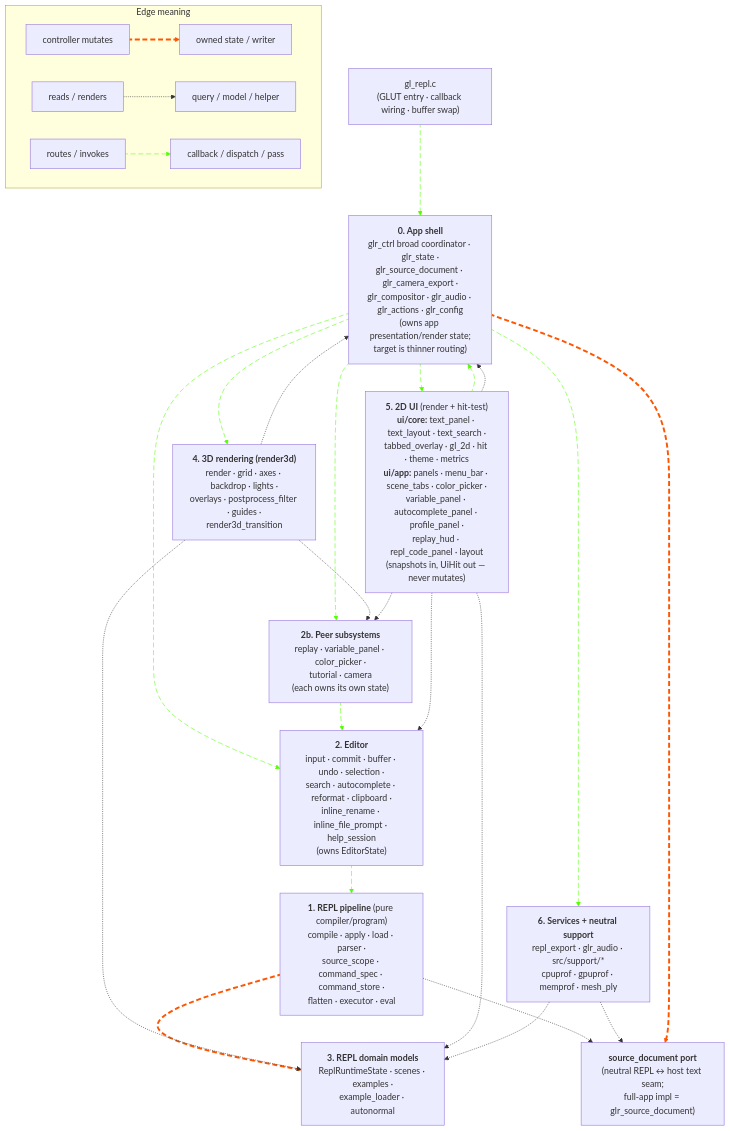
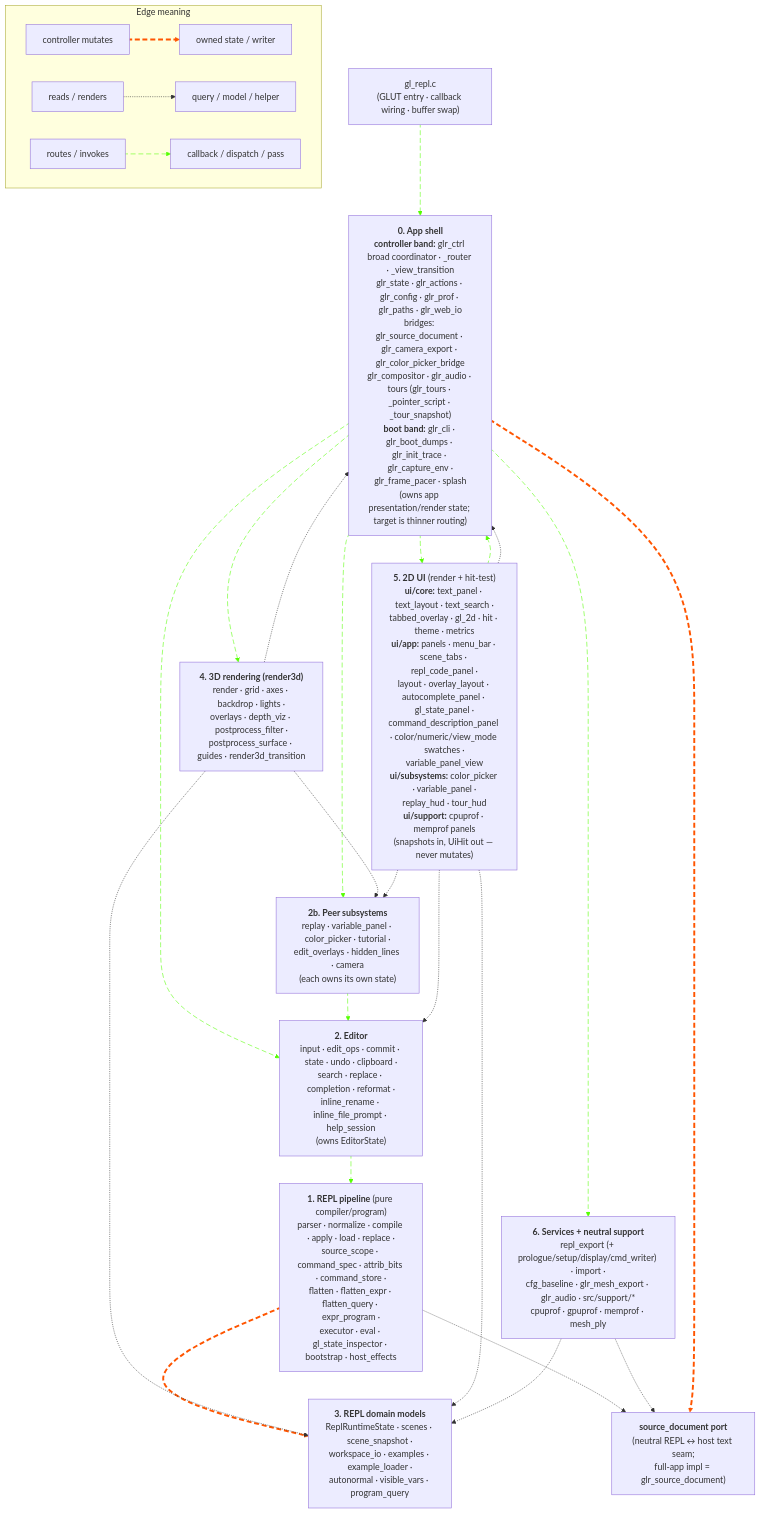
One commit to drewwoods/gl-repl changed the first of 2 diagrams in docs/MODULES.md. Above: the diagram before and after it, drawn with Mermaid. The commit also changed other lines of this file, not shown here.

First line of the commit message:
docs: refresh MODULES.md, drop keybindings, rewire both diagrams

````diff
--- a/docs/MODULES.md
+++ b/docs/MODULES.md
@@ -663,79 +715,79 @@
 ```mermaid
 flowchart TB
     subgraph legend["Edge meaning"]
         lmut_a["controller mutates"] e1@==> lmut_b["owned state / writer"]
         lread_a["reads / renders"] -.-> lread_b["query / model / helper"]
         lflow_a["routes / invokes"] i1@--> lflow_b["callback / dispatch / pass"]
     end
 
     gl_repl["gl_repl.c<br/>(GLUT entry · callback wiring · buffer swap)"]
 
-    app["<b>0. App shell</b><br/>glr_ctrl broad coordinator · glr_state ·<br/>glr_source_document · glr_camera_export ·<br/>glr_compositor · glr_audio · glr_actions · glr_config<br/>(owns app presentation/render state;<br/>target is thinner routing)"]
+    app["<b>0. App shell</b><br/><b>controller band:</b> glr_ctrl broad coordinator · _router · _view_transition<br/>glr_state · glr_actions · glr_config · glr_prof · glr_paths · glr_web_io<br/>bridges: glr_source_document · glr_camera_export · glr_color_picker_bridge<br/>glr_compositor · glr_audio · tours (glr_tours · _pointer_script · _tour_snapshot)<br/><b>boot band:</b> glr_cli · glr_boot_dumps · glr_init_trace · glr_capture_env ·<br/>glr_frame_pacer · splash<br/>(owns app presentation/render state; target is thinner routing)"]
 
-    editor["<b>2. Editor</b><br/>input · commit · buffer · undo · selection ·<br/>search · autocomplete · reformat · clipboard ·<br/>inline_rename · inline_file_prompt · help_session<br/>(owns EditorState)"]
+    editor["<b>2. Editor</b><br/>input · edit_ops · commit · state · undo · clipboard ·<br/>search · replace · completion · reformat ·<br/>inline_rename · inline_file_prompt · help_session<br/>(owns EditorState)"]
 
-    peers["<b>2b. Peer subsystems</b><br/>replay · variable_panel · color_picker ·<br/>tutorial · camera<br/>(each owns its own state)"]
+    peers["<b>2b. Peer subsystems</b><br/>replay · variable_panel · color_picker · tutorial ·<br/>edit_overlays · hidden_lines · camera<br/>(each owns its own state)"]
 
-    repl["<b>1. REPL pipeline</b> (pure compiler/program)<br/>compile · apply · load · parser ·<br/>source_scope · command_spec · command_store ·<br/>flatten · executor · eval"]
+    repl["<b>1. REPL pipeline</b> (pure compiler/program)<br/>parser · normalize · compile · apply · load · replace ·<br/>source_scope · command_spec · attrib_bits · command_store ·<br/>flatten · flatten_expr · flatten_query · expr_program ·<br/>executor · eval · gl_state_inspector · bootstrap · host_effects"]
 
-    models["<b>3. REPL domain models</b><br/>ReplRuntimeState · scenes · examples ·<br/>example_loader · autonormal"]
+    models["<b>3. REPL domain models</b><br/>ReplRuntimeState · scenes · scene_snapshot ·<br/>workspace_io · examples · example_loader ·<br/>autonormal · visible_vars · program_query"]
 
     srcdoc["<b>source_document port</b><br/>(neutral REPL ↔ host text seam;<br/>full-app impl = glr_source_document)"]
 
-    ui["<b>5. 2D UI</b> (render + hit-test)<br/><b>ui/core:</b> text_panel · text_layout · text_search ·<br/>tabbed_overlay · gl_2d · hit · theme · metrics<br/><b>ui/app:</b> panels · menu_bar · scene_tabs · color_picker ·<br/>variable_panel · autocomplete_panel · profile_panel ·<br/>replay_hud · repl_code_panel · layout<br/>(snapshots in, UiHit out — never mutates)"]
+    ui["<b>5. 2D UI</b> (render + hit-test)<br/><b>ui/core:</b> text_panel · text_layout · text_search ·<br/>tabbed_overlay · gl_2d · hit · theme · metrics<br/><b>ui/app:</b> panels · menu_bar · scene_tabs · repl_code_panel ·<br/>layout · overlay_layout · autocomplete_panel · gl_state_panel ·<br/>command_description_panel · color/numeric/view_mode swatches ·<br/>variable_panel_view<br/><b>ui/subsystems:</b> color_picker · variable_panel ·<br/>replay_hud · tour_hud<br/><b>ui/support:</b> cpuprof · memprof panels<br/>(snapshots in, UiHit out — never mutates)"]
 
-    render3d["<b>4. 3D rendering (render3d)</b><br/>render · grid · axes · backdrop · lights ·<br/>overlays · postprocess_filter · guides ·<br/>render3d_transition"]
+    render3d["<b>4. 3D rendering (render3d)</b><br/>render · grid · axes · backdrop · lights ·<br/>overlays · depth_viz · postprocess_filter ·<br/>postprocess_surface · guides · render3d_transition"]
 
-    services["<b>6. Services + neutral support</b><br/>repl_export · glr_audio · src/support/*<br/>cpuprof · gpuprof · memprof · mesh_ply"]
+    services["<b>6. Services + neutral support</b><br/>repl_export (+ prologue/setup/display/cmd_writer) · import ·<br/>cfg_baseline · glr_mesh_export · glr_audio · src/support/*<br/>cpuprof · gpuprof · memprof · mesh_ply"]
 
     %% Raw input flow: gl_repl.c hands GLUT events to the app shell. UI
     %% hit-tests are passive — they compute a UiHit and hand it back to
     %% the controller for dispatch.
     gl_repl i2@--> app
     ui i3@--> app
 
     %% App shell routes raw input to the owning subsystem, drives the
     %% frame, and calls UI/render3d/services.
     app i4@--> editor
     app i5@--> peers
     app i6@--> render3d
     app i7@--> ui
     app i8@--> services
 
     %% Editor commit is the only path crossing INTO the REPL pipeline.
     %% REPL apply / command_store mutates the program model.
     editor i9@--> repl
     repl e2@==> models
 
     %% Peers write back through the editor (color_picker rewrites a
     %% source line via editor_commit_apply_external_change; the
     %% variable_panel drag rewrites a numeric token the same way).
     peers i10@--> editor
 
     %% Source-document port: REPL pipeline reads/writes source text
     %% through the neutral port, and services read source through it
     %% too. The full-app adapter (app layer) delegates writes to the
     %% editor buffer — editor stays the single underlying writer.
     repl -.-> srcdoc
     services -.-> srcdoc
     app e3@==> srcdoc
 
     %% Render is read-only: render3d and UI consume snapshots of program /
     %% editor / peer / app state. They never mutate.
     render3d -.-> models
     render3d -.-> peers
     render3d -.-> app
     ui -.-> editor
     ui -.-> models
     ui -.-> peers
     ui -.-> app
 
     %% Services read program and editor state to persist/replay.
     services -.-> models
 
     classDef animateE stroke:#f50,stroke-dasharray: 9\,5,stroke-dashoffset: 900,animation: dash 90s linear infinite;
     classDef animateF stroke:#5f0,stroke-dasharray: 9\,5,stroke-dashoffset: 900,animation: dash 90s linear infinite;
 
     class e1,e2,e3 animateE
     class i1,i2,i3,i4,i5,i6,i7,i8,i9,i10 animateF
 ```
````
